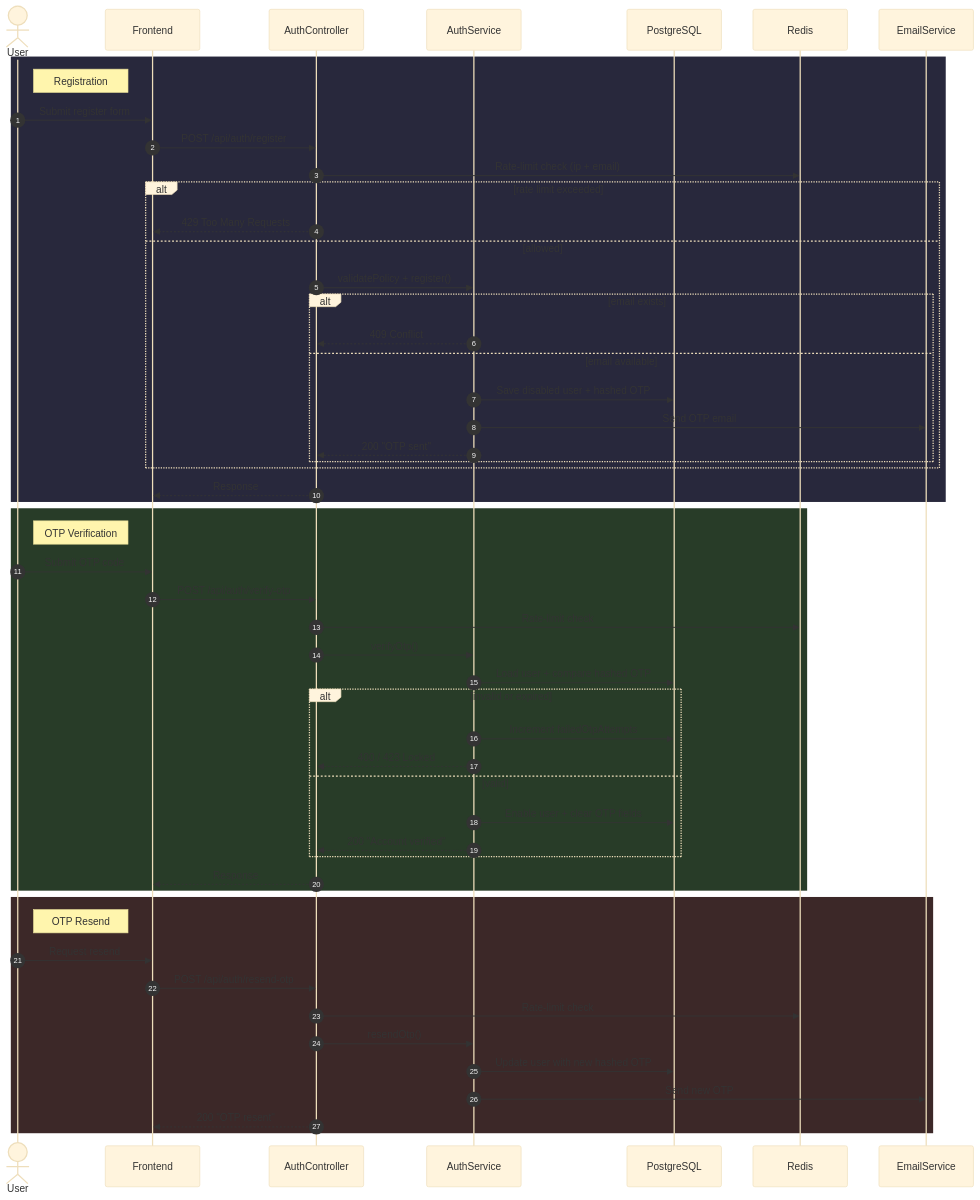
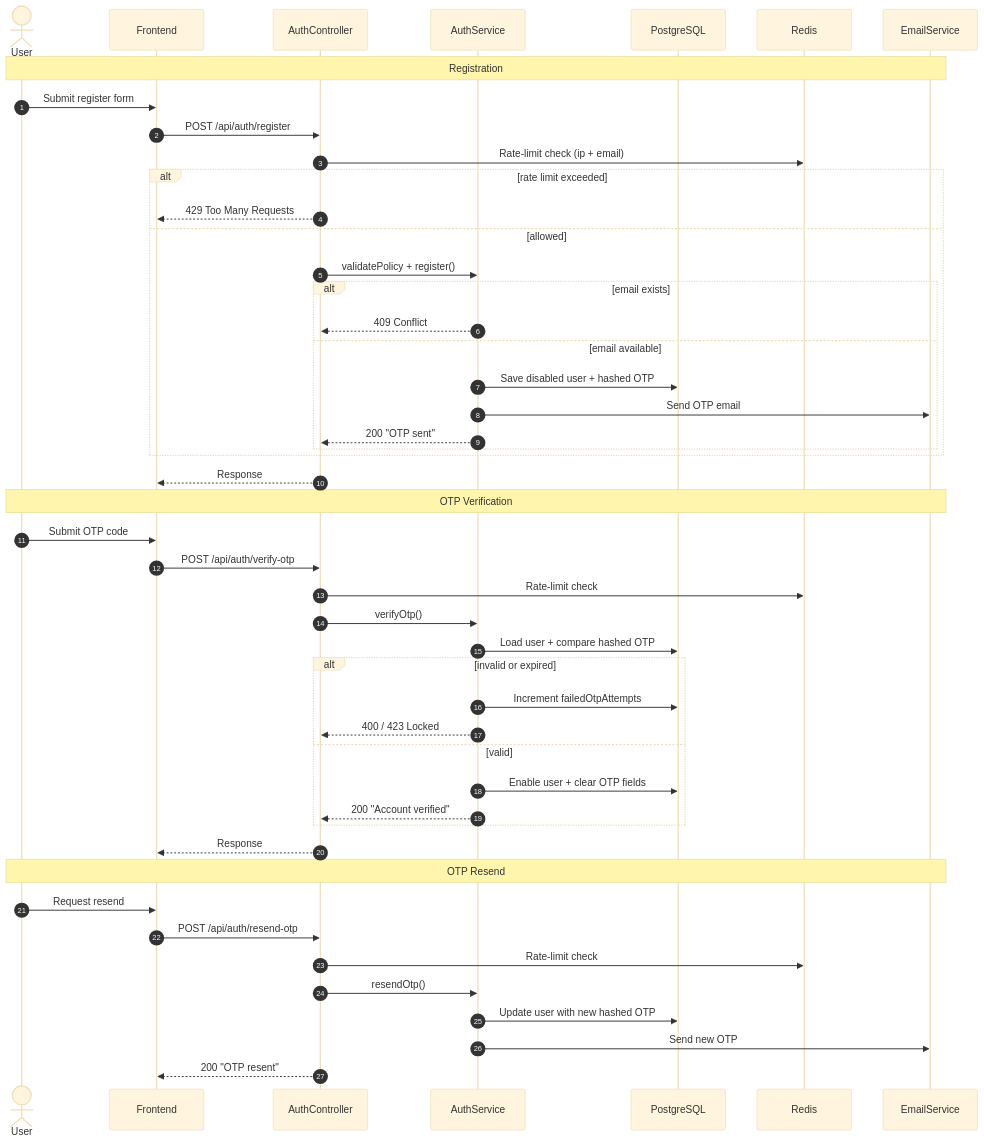
One commit to himanshugupta91/Full-Stack-Authentication-System changed the sixth of 12 diagrams in README.md. Above: the diagram before and after it, drawn with Mermaid (base theme). The commit also changed other lines of this file, not shown here.

Commit message:
Fix sequence diagrams: remove rect rgb() blocks unsupported by GitHub mermaid renderer

````diff
--- a/README.md
+++ b/README.md
@@ -276,59 +276,53 @@
 ```mermaid
 sequenceDiagram
     autonumber
     actor User
     participant FE as Frontend
     participant API as AuthController
     participant SVC as AuthService
     participant DB as PostgreSQL
     participant REDIS as Redis
     participant MAIL as EmailService
 
-    rect rgb(40, 40, 60)
-    Note right of User: Registration
+    Note over User,MAIL: Registration
     User->>FE: Submit register form
     FE->>API: POST /api/auth/register
     API->>REDIS: Rate-limit check (ip + email)
     alt rate limit exceeded
         API-->>FE: 429 Too Many Requests
     else allowed
         API->>SVC: validatePolicy + register()
         alt email exists
             SVC-->>API: 409 Conflict
         else email available
             SVC->>DB: Save disabled user + hashed OTP
             SVC->>MAIL: Send OTP email
             SVC-->>API: 200 "OTP sent"
         end
     end
     API-->>FE: Response
-    end
 
-    rect rgb(40, 60, 40)
-    Note right of User: OTP Verification
+    Note over User,MAIL: OTP Verification
     User->>FE: Submit OTP code
     FE->>API: POST /api/auth/verify-otp
     API->>REDIS: Rate-limit check
     API->>SVC: verifyOtp()
     SVC->>DB: Load user + compare hashed OTP
     alt invalid or expired
         SVC->>DB: Increment failedOtpAttempts
         SVC-->>API: 400 / 423 Locked
     else valid
         SVC->>DB: Enable user + clear OTP fields
         SVC-->>API: 200 "Account verified"
     end
     API-->>FE: Response
-    end
 
-    rect rgb(60, 40, 40)
-    Note right of User: OTP Resend
+    Note over User,MAIL: OTP Resend
     User->>FE: Request resend
     FE->>API: POST /api/auth/resend-otp
     API->>REDIS: Rate-limit check
     API->>SVC: resendOtp()
     SVC->>DB: Update user with new hashed OTP
     SVC->>MAIL: Send new OTP
     API-->>FE: 200 "OTP resent"
-    end
 ```
````
